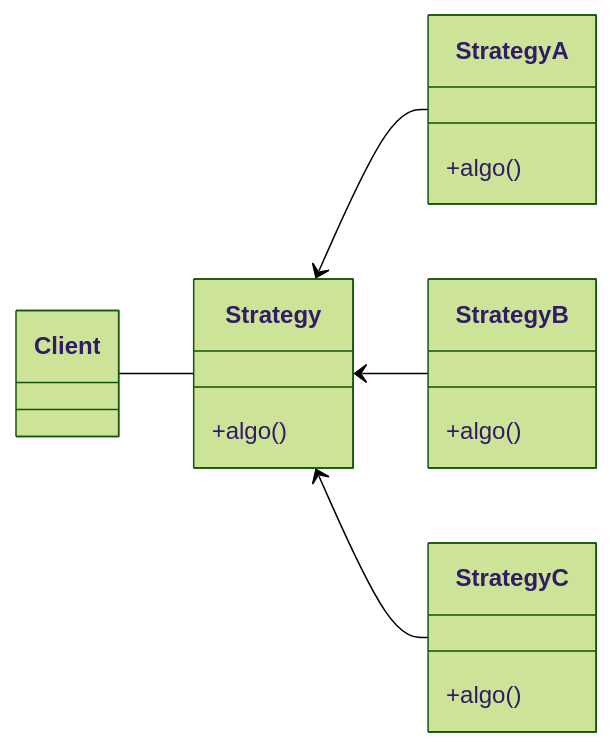
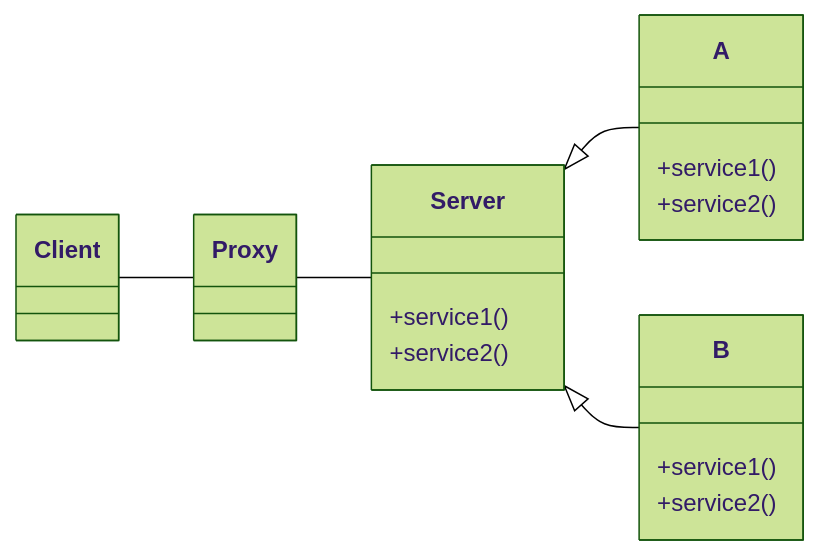
Diagram 12 of 13 in oo_design_patterns.md (hanggrian/IIT-CS586), drawn with Mermaid (forest theme) before and after one commit. The commit also changed other lines of this file and 13 other files, not shown here.

````diff
--- a/oo_design_patterns.md
+++ b/oo_design_patterns.md
@@ -176,20 +379,21 @@
 ```mermaid
 classDiagram
   direction LR
-  class Strategy {
-    +algo()
+  Client -- Proxy
+  Proxy -- Server
+
+  class Server {
+    +service1()
+    +service2()
   }
-  class StrategyA {
-    +algo()
+  class A {
+    +service1()
+    +service2()
   }
-  class StrategyB {
-    +algo()
+  class B {
+    +service1()
+    +service2()
   }
-  class StrategyC {
-    +algo()
-  }
-  Client -- Strategy
-  Strategy <-- StrategyA
-  Strategy <-- StrategyB
-  Strategy <-- StrategyC
+  Server <|-- A
+  Server <|-- B
 ```
````
